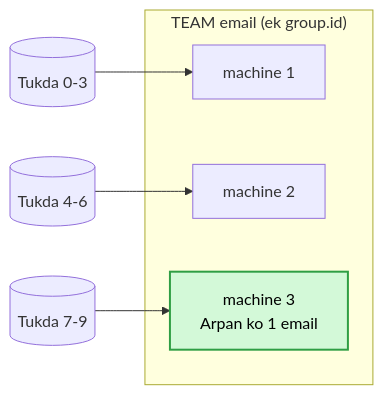
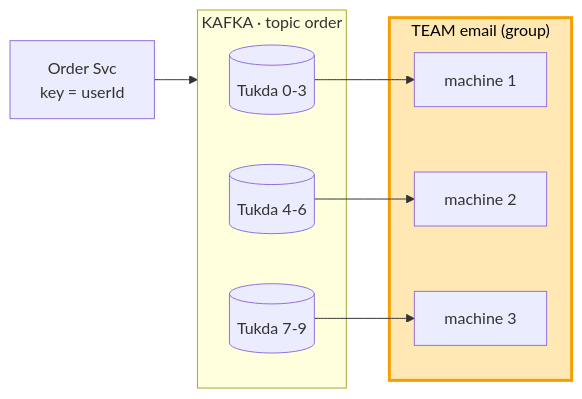
Before and after one commit to ArpanMaheshwari144/Prep: the ninth of 18 diagrams in 04_HLD/SYSTEM_DESIGNS/12_message_queue_kafka/kafka_seedha.md, drawn with Mermaid. The commit also changed other lines of this file, not shown here.

Commit message:
kafka seedha: ek behti kahani, label nahi, har kadam ka design pichhle ko badhata

````diff
--- a/04_HLD/SYSTEM_DESIGNS/12_message_queue_kafka/kafka_seedha.md
+++ b/04_HLD/SYSTEM_DESIGNS/12_message_queue_kafka/kafka_seedha.md
@@ -191,12 +205,18 @@
 ```mermaid
 flowchart LR
-    subgraph T["TEAM email (ek group.id)"]
+    O["Order Svc<br/>key = userId"] --> K
+    subgraph K["KAFKA · topic order"]
+        P0[("Tukda 0-3")]
+        P1[("Tukda 4-6")]
+        P2[("Tukda 7-9")]
+    end
+    subgraph E["TEAM email (group)"]
         M1["machine 1"]
         M2["machine 2"]
-        M3["machine 3<br/>Arpan ko 1 email"]
+        M3["machine 3"]
     end
-    A[("Tukda 0-3")] --> M1
-    B[("Tukda 4-6")] --> M2
-    C[("Tukda 7-9")] --> M3
-    style M3 fill:#d3f9d8,stroke:#2f9e44,stroke-width:2px,color:#000
+    P0 --> M1
+    P1 --> M2
+    P2 --> M3
+    style E fill:#ffe8b3,stroke:#f59f00,stroke-width:3px,color:#000
 ```
````
